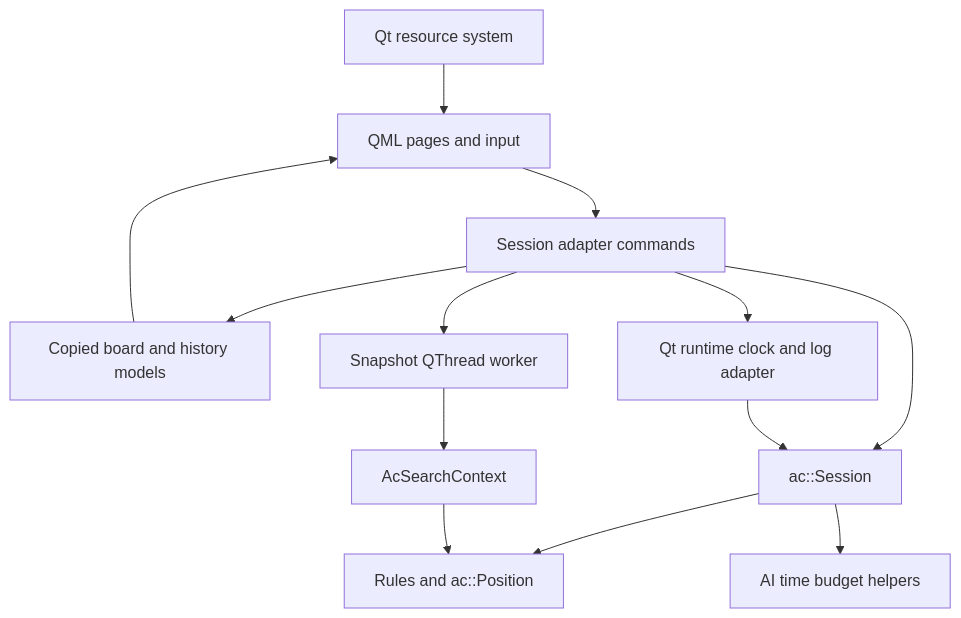
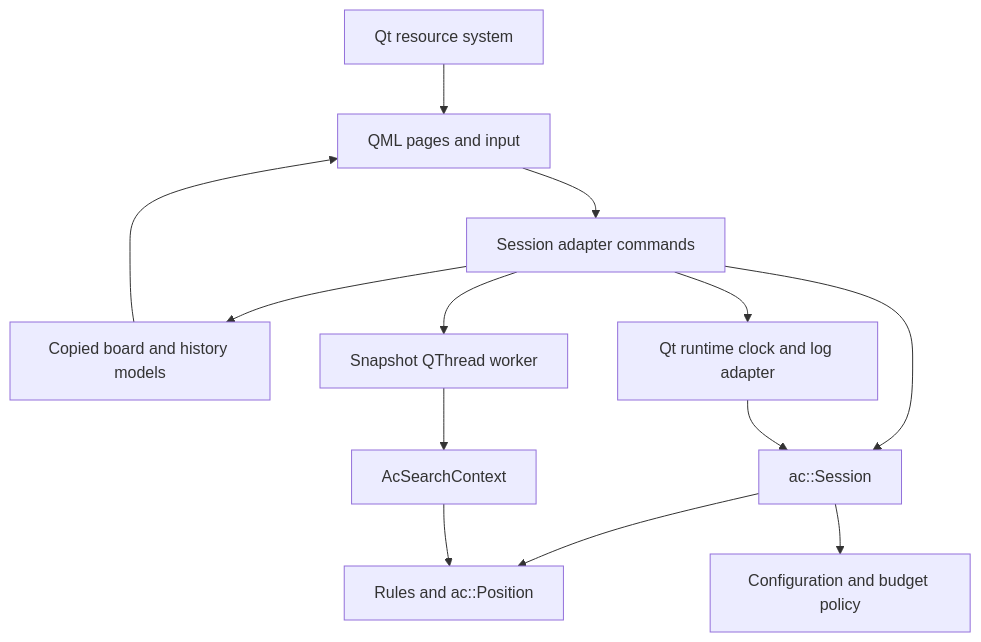
The first of 2 diagrams in docs/architecture/software-specification.md (Yide-Milo-Li/AnteaterChess-Reborn), drawn with Mermaid before and after one commit. The commit also changed other lines of this file and 23 other files, not shown here.

````diff
--- a/docs/architecture/software-specification.md
+++ b/docs/architecture/software-specification.md
@@ -7,15 +7,15 @@
 ```mermaid
 flowchart TD
     QML[QML pages and input] --> Adapter[Session adapter commands]
     Adapter --> Session[ac::Session]
     Adapter --> Models[Copied board and history models]
     Models --> QML
     Adapter --> Task[Snapshot QThread worker]
     Task --> AI[AcSearchContext]
     Session --> Rules[Rules and ac::Position]
     AI --> Rules
-    Session --> Budget[AI time budget helpers]
+    Session --> Budget[Configuration and budget policy]
     Adapter --> Platform[Qt runtime clock and log adapter]
     Platform --> Session
     Resources[Qt resource system] --> QML
 ```
````
